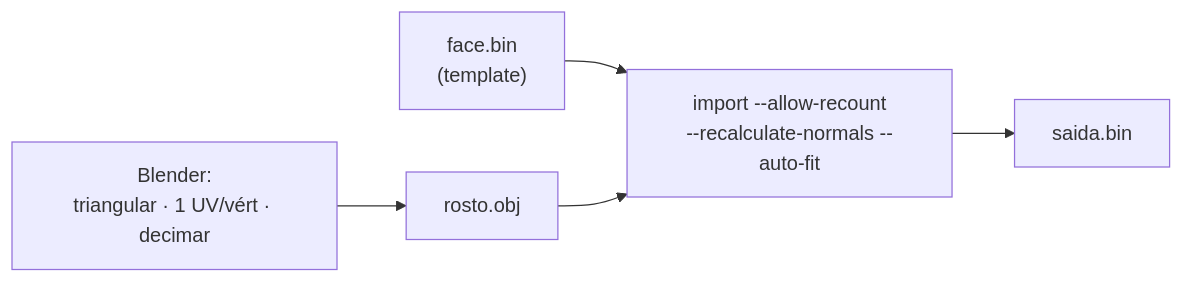
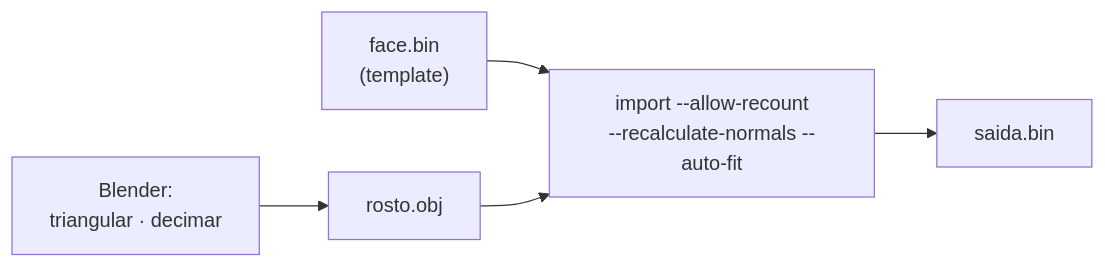
Before and after one commit to FVitor7/wepes3d: the third of 3 diagrams in docs/00-guia-de-uso.md, drawn with Mermaid. The commit also changed other lines of this file and 18 other files, not shown here.

````diff
--- a/docs/00-guia-de-uso.md
+++ b/docs/00-guia-de-uso.md
@@ -100,7 +102,7 @@
 ```mermaid
 flowchart LR
-    B["Blender:<br/>triangular · 1 UV/vért · decimar"] --> O["rosto.obj"]
+    B["Blender:<br/>triangular · decimar"] --> O["rosto.obj"]
     T["face.bin<br/>(template)"] --> IMP
     O --> IMP["import --allow-recount<br/>--recalculate-normals --auto-fit"]
     IMP --> S["saida.bin"]
 ```
````
